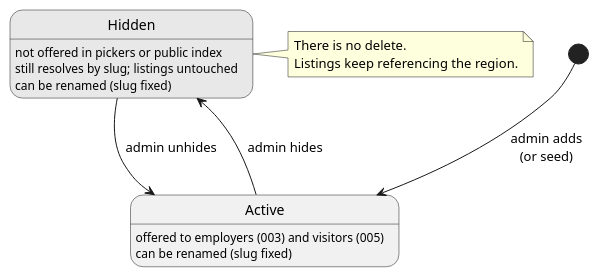
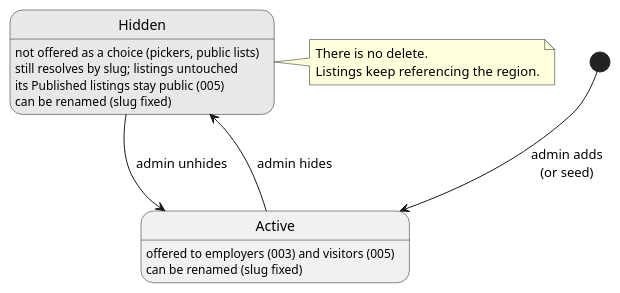
Before and after one commit to raseniero/jairojobs-elixir: the diagram in docs/specs/002-regions/diagrams/state-region.puml, drawn with PlantUML. The commit also changed 8 other files, not shown here.

```diff
--- a/docs/specs/002-regions/diagrams/state-region.puml
+++ b/docs/specs/002-regions/diagrams/state-region.puml
@@ -1,26 +1,27 @@
 @startuml state-region
 ' Spec 002 — region lifecycle. Must agree with REQ-002-4 and REQ-002-6.
 ' No delete: a region is only ever hidden.
 
 hide empty description
 skinparam state {
   BackgroundColor<<hidden>> #E8E8E8
 }
 
 state Active
 state Hidden <<hidden>>
 
 [*] --> Active : admin adds\n(or seed)
 Active : offered to employers (003) and visitors (005)
 Active : can be renamed (slug fixed)
 Active --> Hidden : admin hides
-Hidden : not offered in pickers or public index
+Hidden : not offered as a choice (pickers, public lists)
 Hidden : still resolves by slug; listings untouched
+Hidden : its Published listings stay public (005)
 Hidden : can be renamed (slug fixed)
 Hidden --> Active : admin unhides
 
 note right of Hidden
   There is no delete.
   Listings keep referencing the region.
 end note
 @enduml
```
